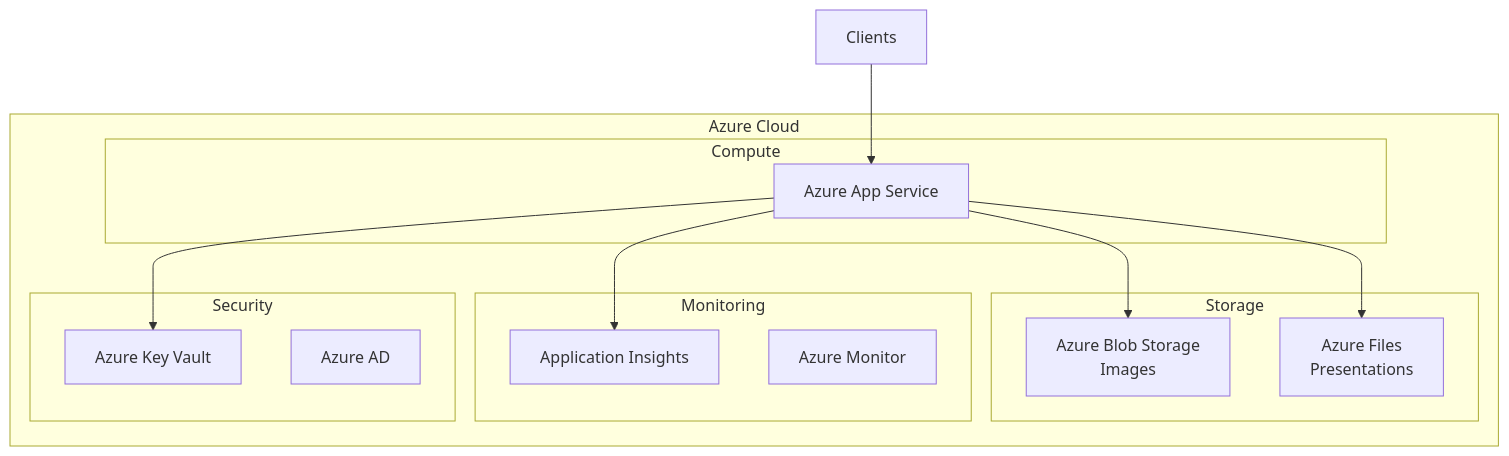
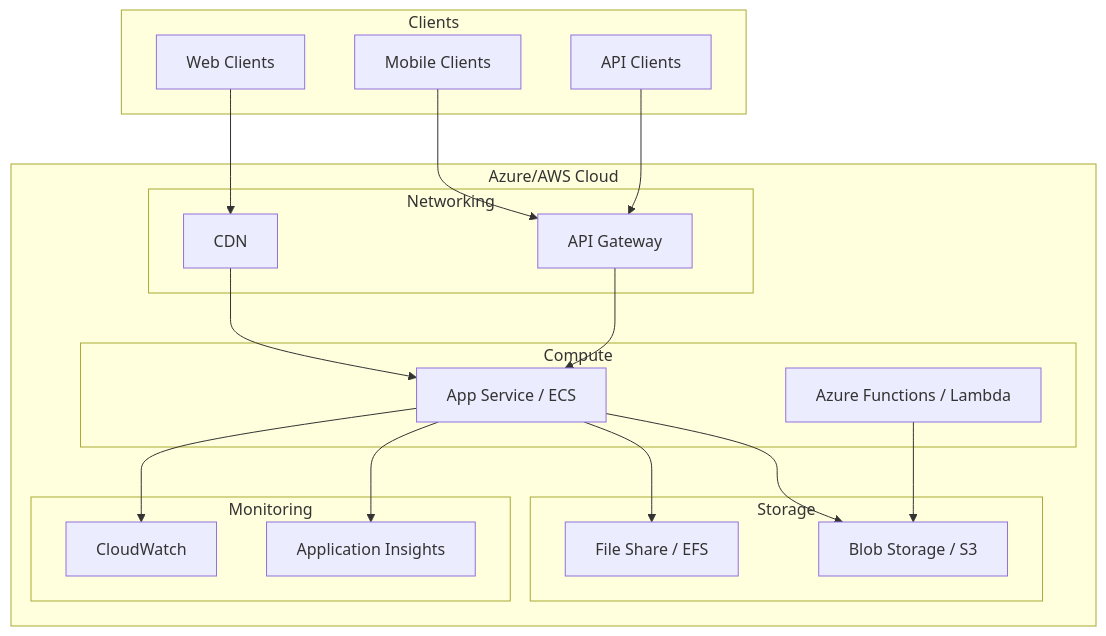
One commit to ahemavathy/Powerpoint changed the seventh of 11 diagrams in ARCHITECTURE_DIAGRAMS.md. Above: the diagram before and after it, drawn with Mermaid. The commit also changed other lines of this file and 8 other files, not shown here.

````diff
--- a/ARCHITECTURE_DIAGRAMS.md
+++ b/ARCHITECTURE_DIAGRAMS.md
@@ -183,29 +286,44 @@
 ```mermaid
 graph TB
-    subgraph "Azure Cloud"
+    subgraph "Azure/AWS Cloud"
         subgraph "Compute"
-            APP_SERVICE[Azure App Service]
+            APP_SERVICE[App Service / ECS]
+            FUNCTION[Azure Functions / Lambda]
         end
         
         subgraph "Storage"
-            BLOB[Azure Blob Storage<br/>Images]
-            FILES[Azure Files<br/>Presentations]
+            BLOB_STORAGE[Blob Storage / S3]
+            FILE_SHARE[File Share / EFS]
+        end
+        
+        subgraph "Networking"
+            CDN[CDN]
+            API_GATEWAY[API Gateway]
         end
         
         subgraph "Monitoring"
-            INSIGHTS[Application Insights]
-            LOGS[Azure Monitor]
-        end
-        
-        subgraph "Security"
-            KEYVAULT[Azure Key Vault]
-            AAD[Azure AD]
+            APP_INSIGHTS[Application Insights]
+            CLOUDWATCH[CloudWatch]
         end
     end
     
-    CLIENT[Clients] --> APP_SERVICE
-    APP_SERVICE --> BLOB
-    APP_SERVICE --> FILES
-    APP_SERVICE --> INSIGHTS
-    APP_SERVICE --> KEYVAULT
+    subgraph "Clients"
+        WEB_CLIENT[Web Clients]
+        MOBILE_CLIENT[Mobile Clients]
+        API_CLIENTS[API Clients]
+    end
+    
+    WEB_CLIENT --> CDN
+    MOBILE_CLIENT --> API_GATEWAY
+    API_CLIENTS --> API_GATEWAY
+    
+    CDN --> APP_SERVICE
+    API_GATEWAY --> APP_SERVICE
+    
+    APP_SERVICE --> BLOB_STORAGE
+    APP_SERVICE --> FILE_SHARE
+    FUNCTION --> BLOB_STORAGE
+    
+    APP_SERVICE --> APP_INSIGHTS
+    APP_SERVICE --> CLOUDWATCH
 ```
````
